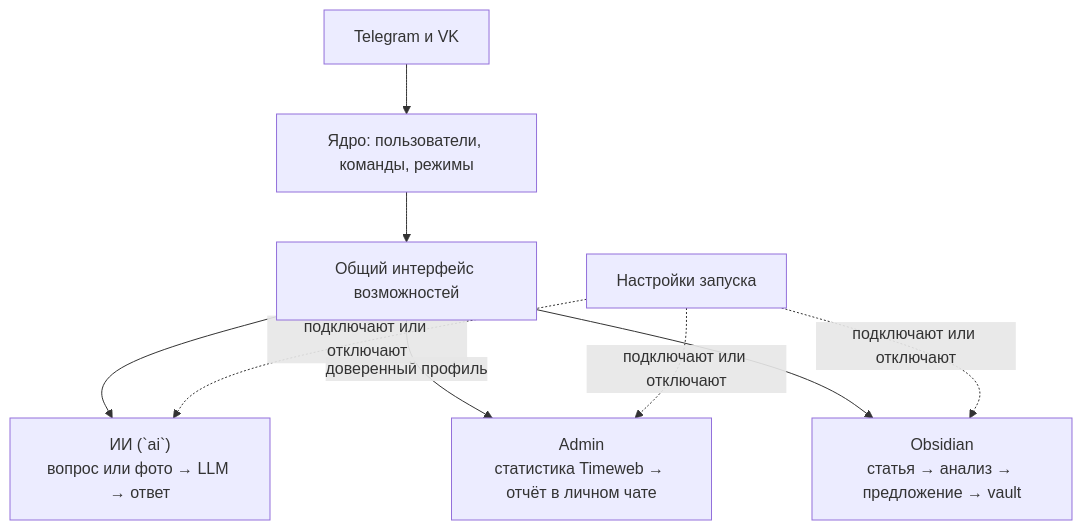
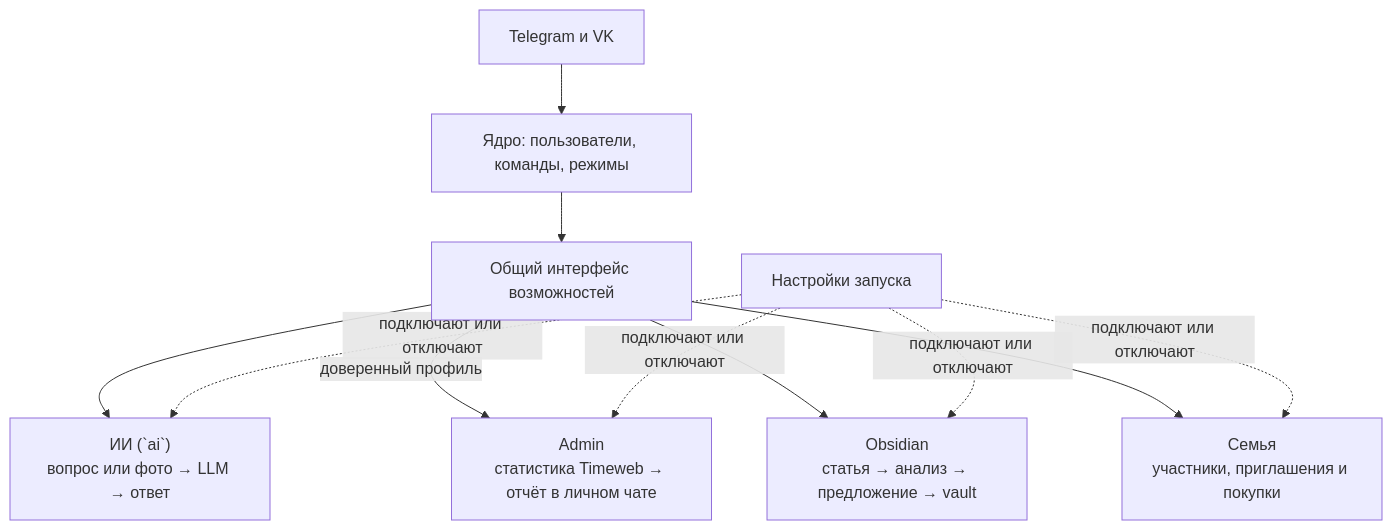
The first of 3 diagrams in README.md (karateka-git/compadre-assistant), drawn with Mermaid before and after one commit. The commit also changed other lines of this file and 9 other files, not shown here.

````diff
--- a/README.md
+++ b/README.md
@@ -59,11 +64,13 @@
 ```mermaid
 flowchart TB
     Channels[Telegram и VK] --> Core[Ядро: пользователи, команды, режимы]
     Core --> Ports[Общий интерфейс возможностей]
     Ports --> Ai["ИИ (`ai`)<br/>вопрос или фото → LLM → ответ"]
     Ports -->|доверенный профиль| Admin["Admin<br/>статистика Timeweb → отчёт в личном чате"]
     Ports --> Obsidian["Obsidian<br/>статья → анализ → предложение → vault"]
+    Ports --> Family["Семья<br/>участники, приглашения и покупки"]
     Config[Настройки запуска] -. подключают или отключают .-> Ai
     Config -. подключают или отключают .-> Admin
     Config -. подключают или отключают .-> Obsidian
+    Config -. подключают или отключают .-> Family
 ```
````
